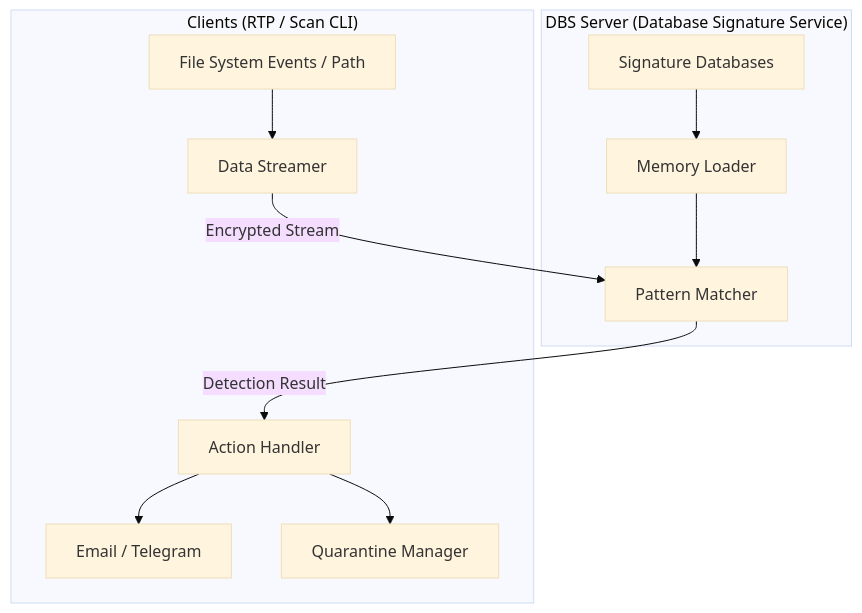
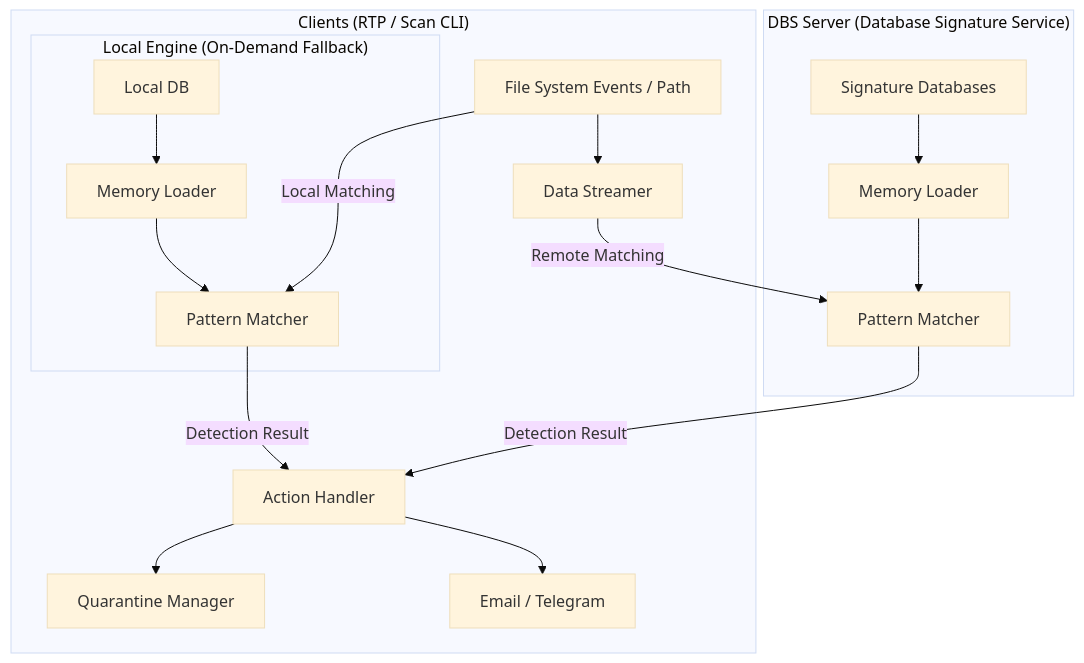
The diagram in README.md (dimaskiddo/lmd-ng), drawn with Mermaid (base theme) before and after one commit. The commit also changed other lines of this file, not shown here.

Commit message:
chore: update readme.md architecture diagram

````diff
--- a/README.md
+++ b/README.md
@@ -27,15 +27,28 @@
 ```mermaid
 graph TD
     subgraph "DBS Server (Database Signature Service)"
-        DB["Signature Databases"] --> Engine["Memory Loader"]
-        Engine --> Matcher["Pattern Matcher"]
+        DB_S["Signature Databases"] --> Engine_S["Memory Loader"]
+        Engine_S --> Matcher_S["Pattern Matcher"]
     end
 
     subgraph "Clients (RTP / Scan CLI)"
-        Source["File System Events / Path"] --> Streamer["Data Streamer"]
-        Streamer -- "Encrypted Stream" --> Matcher
-        Matcher -- "Detection Result" --> ActionHandler["Action Handler"]
+        Source["File System Events / Path"]
+        
+        subgraph "Local Engine (On-Demand Fallback)"
+            DB_L["Local DB"] --> Engine_L["Memory Loader"]
+            Engine_L --> Matcher_L["Pattern Matcher"]
+        end
+
+        Streamer["Data Streamer"]
+        
+        Source --> Streamer
+        Streamer -- "Remote Matching" --> Matcher_S
+        Source -- "Local Matching" --> Matcher_L
+        
+        Matcher_S -- "Detection Result" --> ActionHandler["Action Handler"]
+        Matcher_L -- "Detection Result" --> ActionHandler
+        
         ActionHandler --> Notifier["Email / Telegram"]
         ActionHandler --> Quarantine["Quarantine Manager"]
     end
 ```
````
